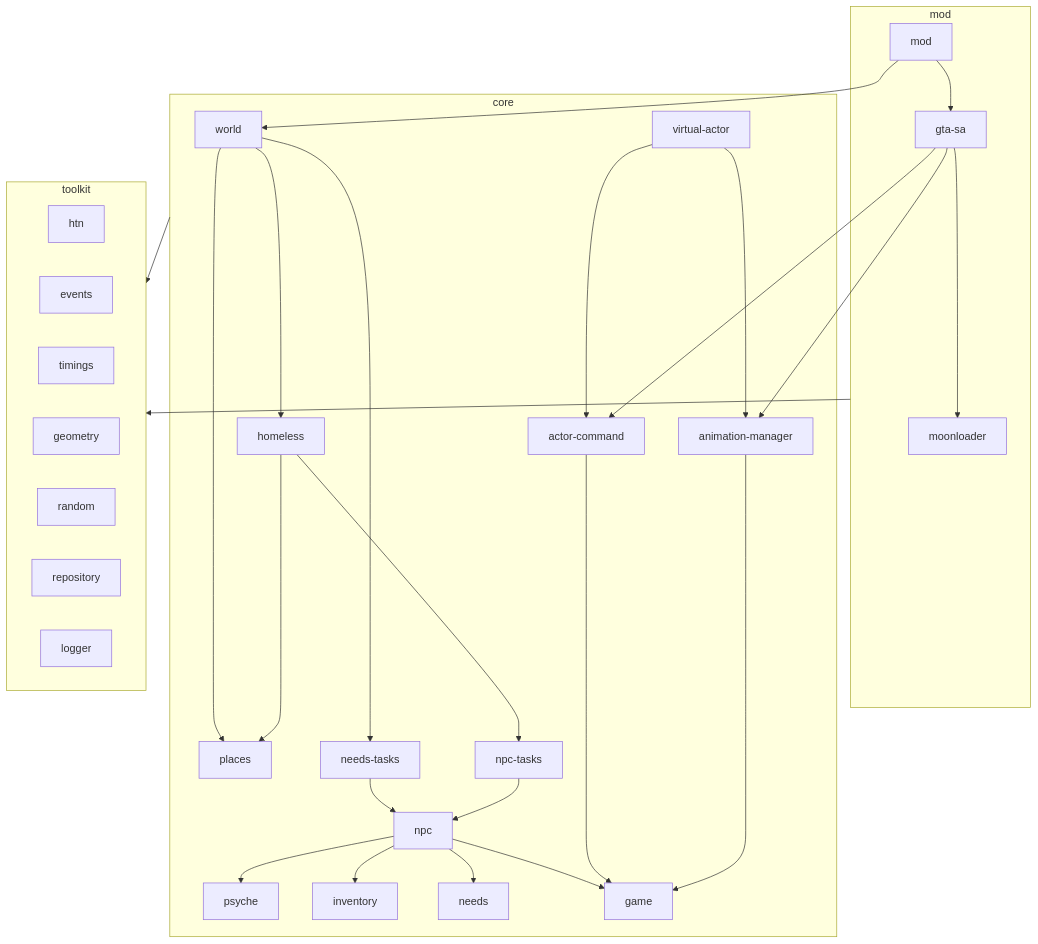
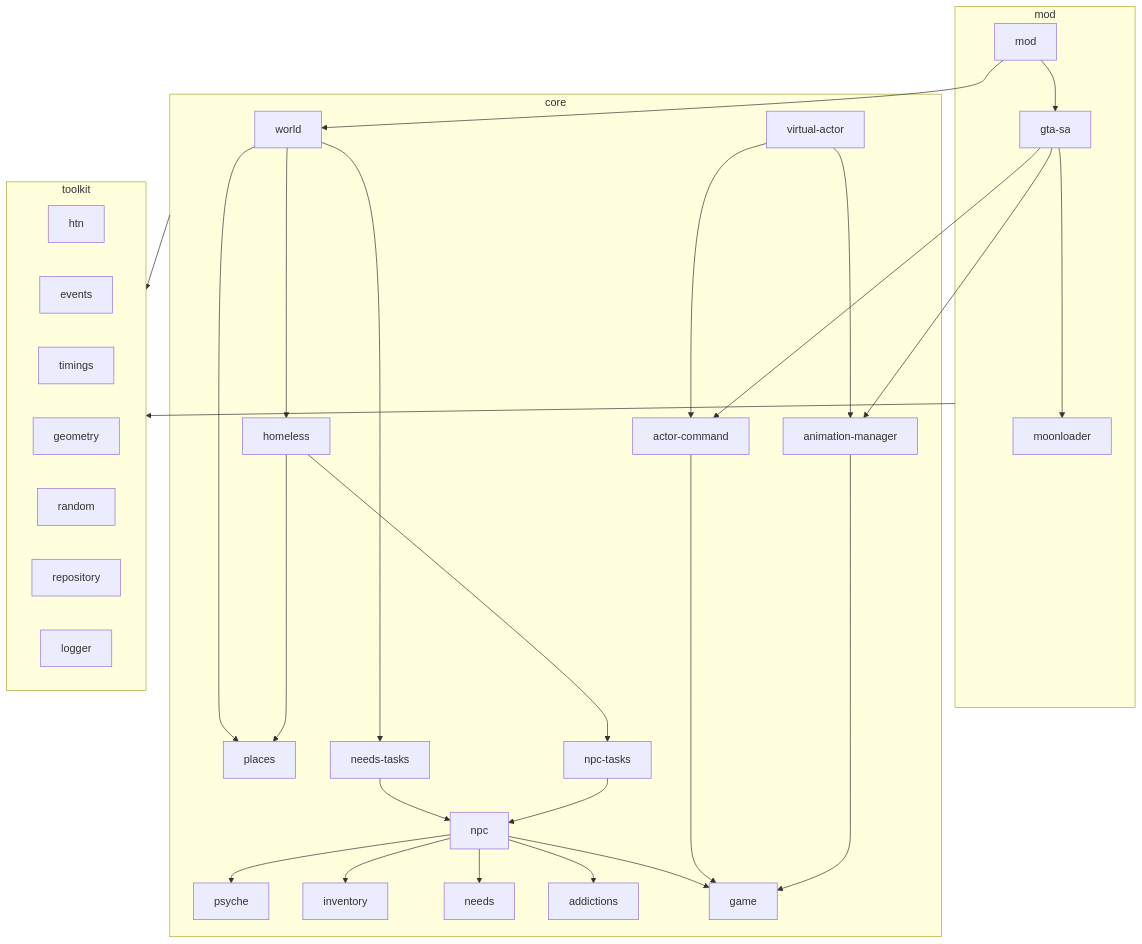
Before and after one commit to ivan-podgornov/peetland: the first of 2 diagrams in docs/architecture/index.md, drawn with Mermaid. The commit also changed 100 other files, not shown here.

````diff
--- a/docs/architecture/index.md
+++ b/docs/architecture/index.md
@@ -80,41 +80,42 @@
 ```mermaid
 flowchart TD
   subgraph mod
     modmod[mod] --> gtasa[gta-sa]
     gtasa --> moonloader
   end
 
   subgraph core
     world --> homeless
     world --> places
     world --> needstasks[needs-tasks]
     needstasks --> npc
     homeless --> npctasks[npc-tasks]
     homeless --> places
     npctasks --> npc
     npc --> psyche
     npc --> inventory
     npc --> needs
+    npc --> addictions
     npc --> game
     virtualactor[virtual-actor] --> actorcommand[actor-command]
     virtualactor --> animationmanager[animation-manager]
     actorcommand --> game
     animationmanager --> game
   end
 
   subgraph toolkit
     htn
     events
     timings
     geometry
     random
     repository
     logger
   end
 
   modmod --> world
   gtasa --> actorcommand
   gtasa --> animationmanager
   core --> toolkit
   mod --> toolkit
 ```
````
